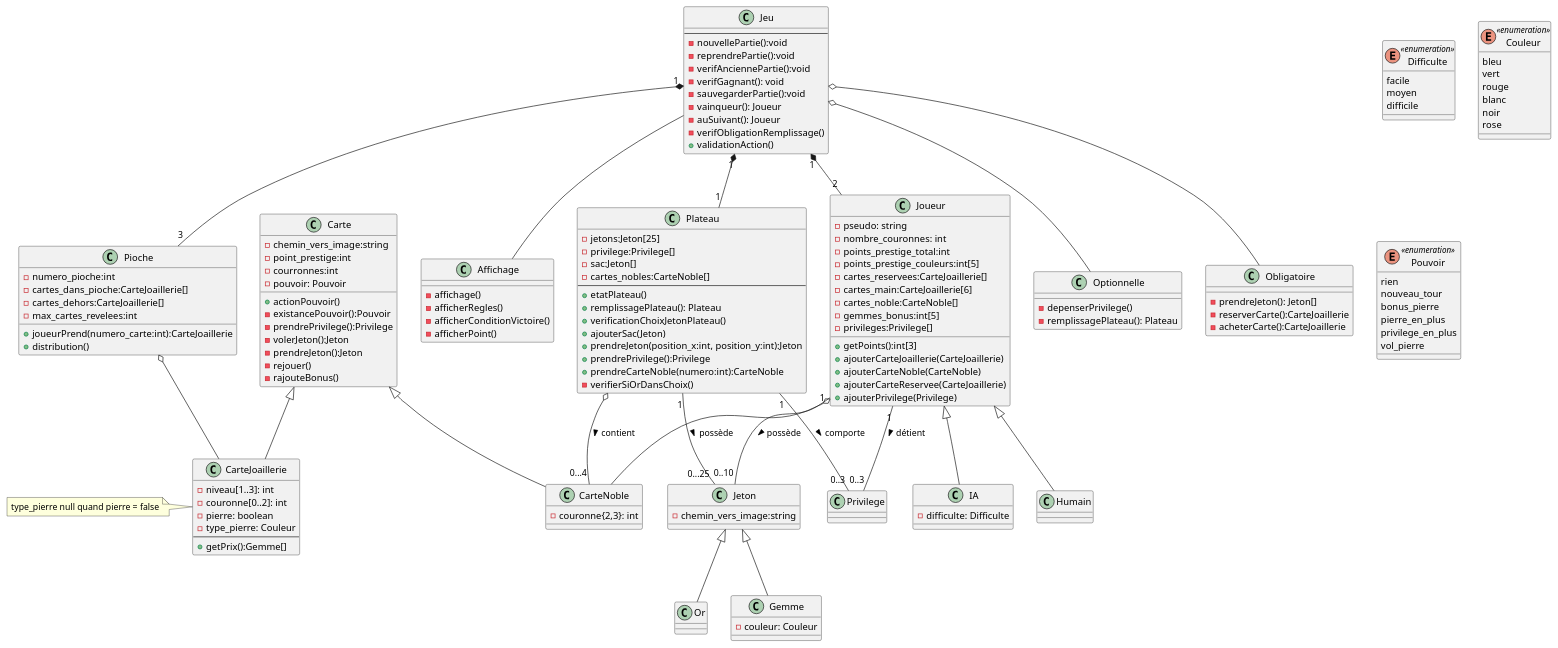
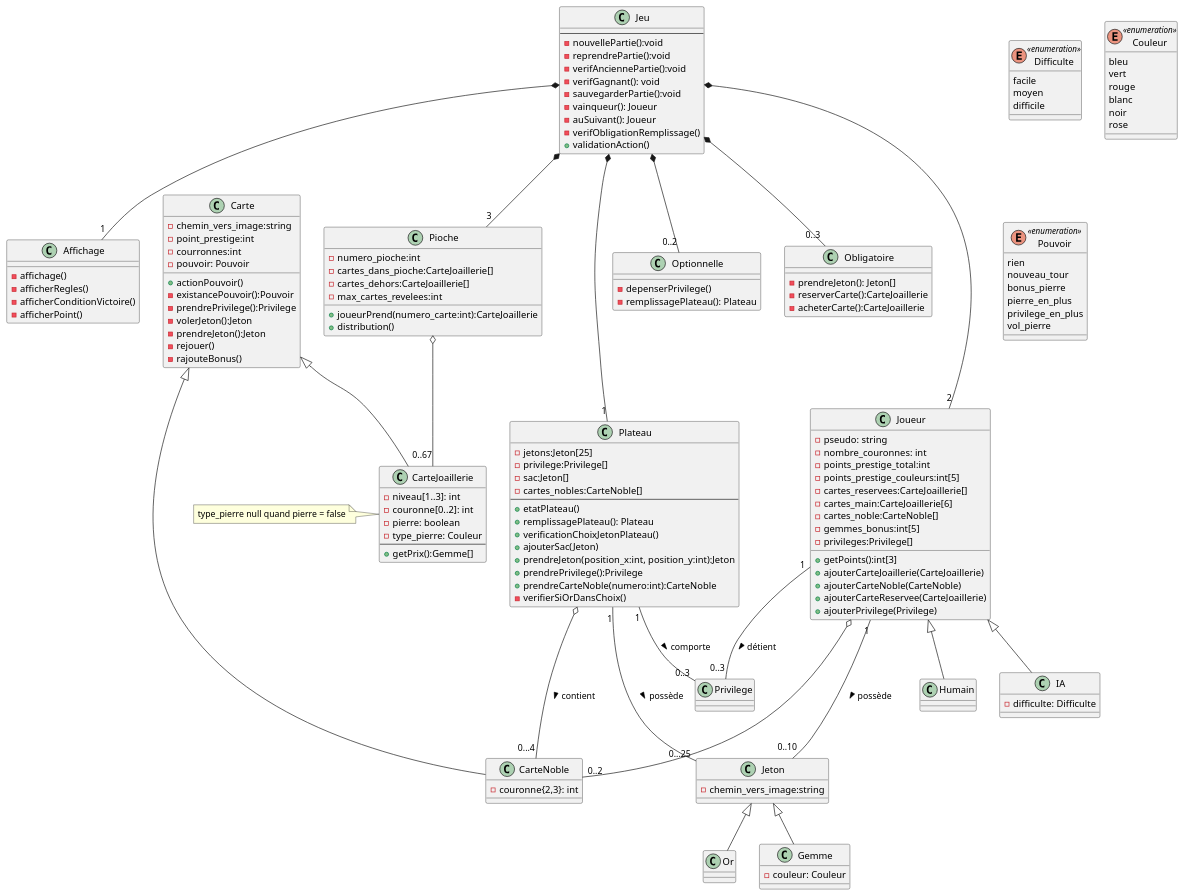
The diagram in SplendorUML.puml (LaylaLunae/Splendor-duel), drawn with PlantUML before and after one commit.

Commit message:
Compositions et cardinatlités (Affichage, Actions, Pioche)

```diff
--- a/SplendorUML.puml
+++ b/SplendorUML.puml
@@ -1,182 +1,181 @@
 @startuml
 
 class Jeu {
 --
 - nouvellePartie():void
 - reprendrePartie():void
 - verifAnciennePartie():void
 - verifGagnant(): void
 - sauvegarderPartie():void
 - vainqueur(): Joueur
 - auSuivant(): Joueur
 - verifObligationRemplissage()
 + validationAction()
 }
 
 Class Affichage{
 - affichage()
 - afficherRegles()
 - afficherConditionVictoire()
 - afficherPoint()
 }
 
 
 class Plateau {
 - jetons:Jeton[25]
 - privilege:Privilege[]
 - sac:Jeton[]
 - cartes_nobles:CarteNoble[]
 --
 + etatPlateau()
 + remplissagePlateau(): Plateau
 + verificationChoixJetonPlateau()
 + ajouterSac(Jeton)
 + prendreJeton(position_x:int, position_y:int):Jeton
 + prendrePrivilege():Privilege
 + prendreCarteNoble(numero:int):CarteNoble
 - verifierSiOrDansChoix()
 }
 
 
 
 class Joueur {
 - pseudo: string
 - nombre_couronnes: int
 - points_prestige_total:int
 - points_prestige_couleurs:int[5]
 - cartes_reservees:CarteJoaillerie[]
 - cartes_main:CarteJoaillerie[6]
 - cartes_noble:CarteNoble[]
 - gemmes_bonus:int[5]
 - privileges:Privilege[]
 + getPoints():int[3]
 + ajouterCarteJoaillerie(CarteJoaillerie)
 + ajouterCarteNoble(CarteNoble)
 + ajouterCarteReservee(CarteJoaillerie)
 + ajouterPrivilege(Privilege)
 }
 
 class IA {
 - difficulte: Difficulte
 }
 
 enum Difficulte <<enumeration>> {
  facile
  moyen
  difficile
 }
 
 class Jeton {
 - chemin_vers_image:string
 }
 class Privilege {
 }
 class Or {
 }
 class Gemme {
 -couleur: Couleur
 }
 enum Couleur <<enumeration>> {
  bleu
  vert
  rouge
  blanc
  noir
  rose
 }
 
 
 class Pioche{
 - numero_pioche:int
 - cartes_dans_pioche:CarteJoaillerie[]
 - cartes_dehors:CarteJoaillerie[]
 - max_cartes_revelees:int
 + joueurPrend(numero_carte:int):CarteJoaillerie
 + distribution()
 }
 class Carte {
 - chemin_vers_image:string
 - point_prestige:int
 - courronnes:int
 - pouvoir: Pouvoir
 + actionPouvoir()
 - existancePouvoir():Pouvoir
 - prendrePrivilege():Privilege
 - volerJeton():Jeton
 - prendreJeton():Jeton
 - rejouer()
 - rajouteBonus()
 }
 
 class CarteNoble {
 -couronne{2,3}: int
 }
 
 class CarteJoaillerie {
 -niveau[1..3]: int
 -couronne[0..2]: int
 -pierre: boolean
 -type_pierre: Couleur
 --
 + getPrix():Gemme[]
 }
 note left: type_pierre null quand pierre = false
 
 
 enum Pouvoir <<enumeration>> {
  rien
  nouveau_tour
  bonus_pierre
  pierre_en_plus
  privilege_en_plus
  vol_pierre
 }
 
 
 class Optionnelle {
 - depenserPrivilege()
 - remplissagePlateau(): Plateau
 }
 
 class Obligatoire {
 - prendreJeton(): Jeton[]
 - reserverCarte():CarteJoaillerie
 - acheterCarte():CarteJoaillerie
 }
 
 
 Joueur <|-- IA
 Joueur <|-- Humain
 
-Jeu "1" *-- "1" Plateau
-Jeu "1" *-- "2" Joueur
-Jeu "1" *-- "3" Pioche
+Jeu *--- "1" Plateau
+Jeu *-- "2" Joueur
+Jeu *-- "3" Pioche
+Jeu *--"1" Affichage
+Jeu *--"0..2" Optionnelle
+Jeu *--"0..3" Obligatoire
 
-
-Plateau "1" -- "0...25" Jeton: possède >
+Plateau "1" --- "0...25" Jeton: possède >
 Plateau "1"--"0..3" Privilege: comporte >
-Plateau o--"0...4" CarteNoble: contient >
+Plateau o---"0...4" CarteNoble: contient >
 'Plateau "1"-"3" Pioche
 
-Pioche o-- CarteJoaillerie
+Pioche o--"0..67" CarteJoaillerie
 
 Jeton <|-- Or
 Jeton <|-- Gemme
 
 Joueur "1" -- "0..3" Privilege: détient >
-Joueur "1" -- "0..10" Jeton: possède >
-Joueur o-- CarteNoble
+Joueur "1" --- "0..10" Jeton: possède >
+Joueur o--"0..2" CarteNoble
 
 Carte <|-- CarteNoble
 Carte <|-- CarteJoaillerie
 '(CarteJoaillerie, Pierre) .. AchatCarte
 
-Jeu -- Affichage
 
-Jeu o-- Optionnelle
-Jeu o-- Obligatoire
 
 
 
 
 @enduml
```
